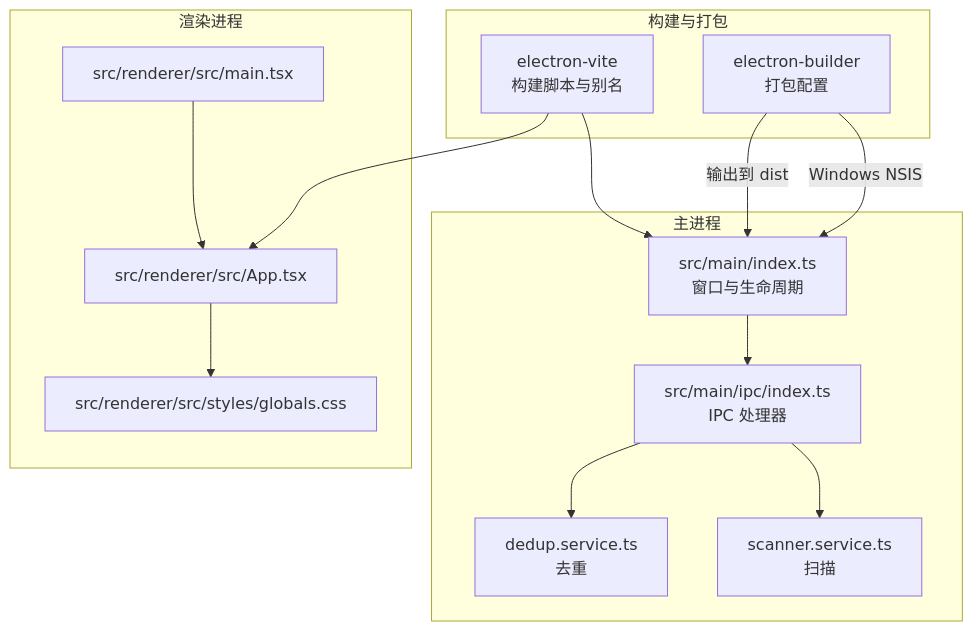
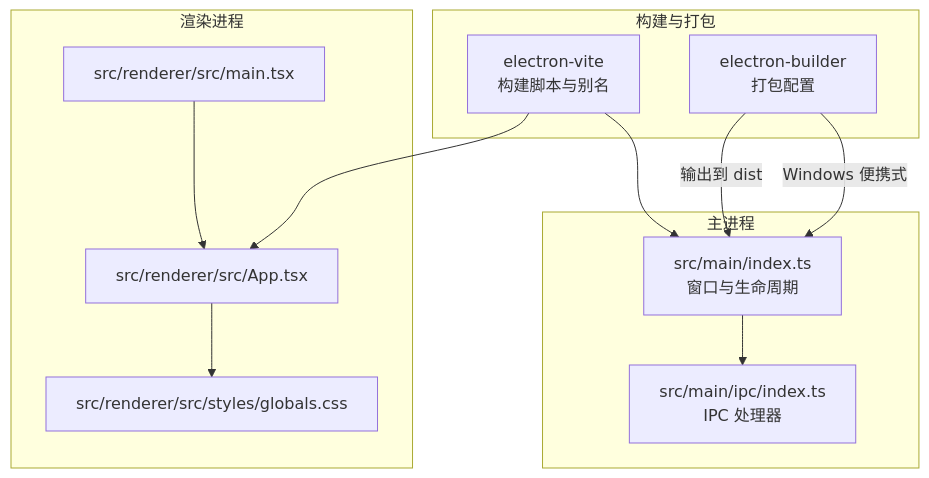
Before and after one commit to remgasuki/ReDoPhoto: the first of 5 diagrams in .qoder/repowiki/zh/content/配置与部署/打包设置.md, drawn with Mermaid. The commit also changed other lines of this file and 20 other files, not shown here.

````diff
--- a/.qoder/repowiki/zh/content/配置与部署/打包设置.md
+++ b/.qoder/repowiki/zh/content/配置与部署/打包设置.md
@@ -42,27 +45,23 @@
 ```mermaid
 graph TB
 subgraph "构建与打包"
 EV["electron-vite<br/>构建脚本与别名"]
 EB["electron-builder<br/>打包配置"]
 end
 subgraph "主进程"
 MAIN["src/main/index.ts<br/>窗口与生命周期"]
 IPC["src/main/ipc/index.ts<br/>IPC 处理器"]
-SVC1["scanner.service.ts<br/>扫描"]
-SVC2["dedup.service.ts<br/>去重"]
 end
 subgraph "渲染进程"
 APP["src/renderer/src/App.tsx"]
 MAINJS["src/renderer/src/main.tsx"]
 CSS["src/renderer/src/styles/globals.css"]
 end
 EV --> MAIN
 EV --> APP
 MAIN --> IPC
-IPC --> SVC1
-IPC --> SVC2
 APP --> CSS
 MAINJS --> APP
-EB --> |"Windows NSIS"| MAIN
+EB --> |"Windows 便携式"| MAIN
 EB --> |"输出到 dist"| MAIN
 ```
````
